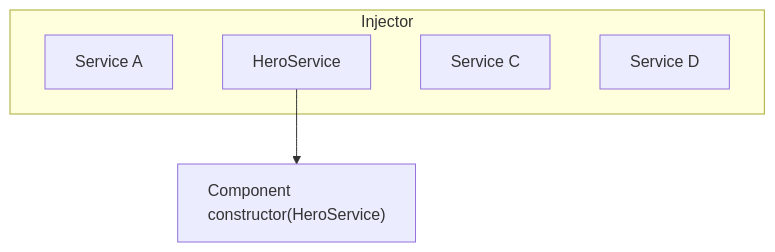
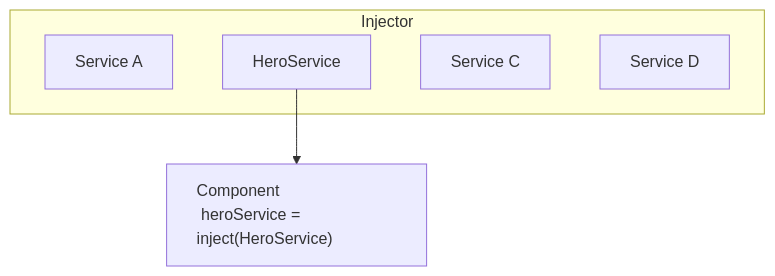
Before and after one commit to angular/angular: the diagram in adev/src/content/guide/di/dependency-injection.md, drawn with Mermaid. The commit also changed other lines of this file and 70 other files, not shown here.

````diff
--- a/adev/src/content/guide/di/dependency-injection.md
+++ b/adev/src/content/guide/di/dependency-injection.md
@@ -121,13 +126,13 @@
 ```mermaid
 graph TD;
 subgraph Injector
 serviceA[Service A]
 heroService[HeroService]
 serviceC[Service C]
 serviceD[Service D]
 end
 direction TB
-componentConstructor["Component <br> constructor(HeroService)"]
-heroService-->componentConstructor
-style componentConstructor text-align: left
+componentProperty["Component <br> heroService = inject(HeroService)"]
+heroService-->componentProperty
+style componentProperty text-align: left
 ```
````
